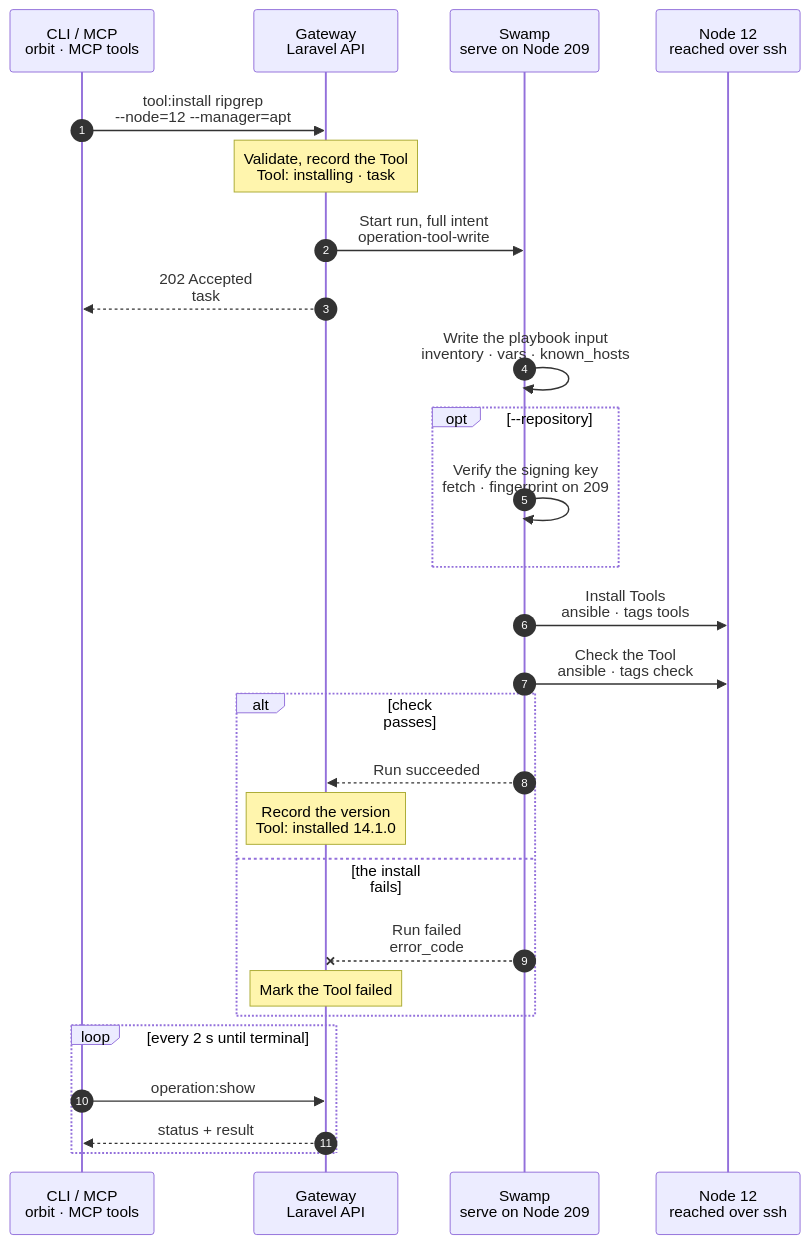
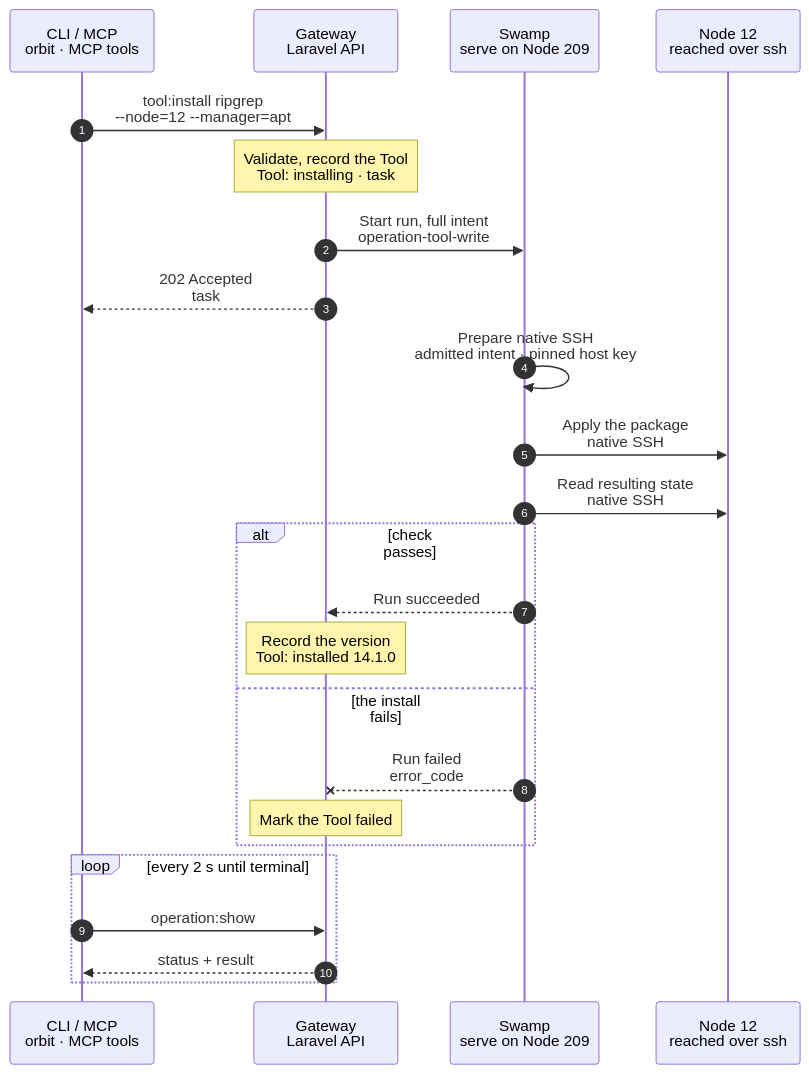
The diagram in docs/cli/tool/install.mmd (hardimpactdev/orbit), drawn with Mermaid before and after one commit. The commit also changed 288 other files, not shown here.

First line of the commit message:
Manage core and optional tools through the Gateway, with explicit apt repositories (#4239)

```diff
--- a/docs/cli/tool/install.mmd
+++ b/docs/cli/tool/install.mmd
@@ -1,51 +1,50 @@
 sequenceDiagram
-  %% Target design: fleet maintenance redesign 2026-11-03 (one Tools phase shared with node:converge; recipe packages held; 24 h / CVE version rule). docs/reference/tools.md#install-a-tool.
+  %% docs/reference/tools.md#install-and-update-a-tool
   %% status: draft
   %% command: tool:install
   %% kind: tool.install
   %% Pinned Debian downloads use native SSH curl exit codes for transport-only fallback, then verify the pin before publication.
   autonumber
   %% lane CLI icon=terminal pill=caller tone=gray
   %% lane GW icon=gateway pill=intent tone=blue
   %% lane SW icon=workflow pill=executes tone=green
   %% lane N icon=server pill=target tone=amber
   participant CLI as CLI / MCP<br/>orbit · MCP tools
   participant GW as Gateway<br/>Laravel API
   participant SW as Swamp<br/>serve on Node 209
   participant N as Node 12<br/>reached over ssh
   CLI->>GW: tool:install ripgrep<br/>--node=12 --manager=apt
   %%> Command:
   %%> - `orbit tool:install ripgrep --node=12 --manager=apt`
-  %%> - syntax: `[package] --node=ID [--manager=MANAGER] [--constraint=CONSTRAINT] [--repository=JSON] [--idempotency-key=KEY] [--json]`
+  %%> - syntax: `[package] --node=ID [--manager=MANAGER] [--tool-version=VERSION] [--constraint=CONSTRAINT] [--repository=NAME] [--idempotency-key=KEY] [--json]`
   Note over GW: Validate, record the Tool<br/>Tool: installing · task #5133
   %%> Requirements:
   %%> - your Node has an access grant to Node 12; the manager runs on its platform
   %%> - the package is not a recipe package of Node 12's roles
+  %%> - file mode requires a catalog entry and refuses overrides; database mode accepts an exact desired version
+  %%> - `--repository` names a ready apt repository of Node 12 (`tool.repository_missing`, `tool.repository_not_ready`); the install never publishes it
+  %%> - `conn-server` on a configured host records membership and the desired release without a Swamp run; an explicit rollout applies it
   GW->>SW: Start run, full intent<br/>operation-tool-write
   GW-->>CLI: 202 Accepted<br/>task #5133
-  SW->>SW: Write the playbook input<br/>inventory · vars · known_hosts
-  opt --repository
-    SW->>SW: Verify the signing key<br/>fetch · fingerprint on 209
-    %%> Why on 209:
-    %%> - a wrong key stops the run before Node 12 is touched
-  end
-  SW->>N: Install Tools<br/>ansible · tags tools
-  %%> Why the converge phase:
-  %%> - one way to install a Tool, shared with `node:converge` and the rollout
-  %%> - limited to this Tool, so other Tools do not move
+  SW->>SW: Prepare native SSH<br/>admitted intent · pinned host key
+  SW->>N: Apply the package<br/>native SSH
+  %%> Scope:
+  %%> - direct writes share admission and candidate policy with convergence, but use the native SSH workflow, not an Ansible phase
+  %%> - only this Tool can change
+  %%> - a repository's preference holds only owned Tools until this Tool is verified installed from it; then it adds this Tool
   %%> Version:
-  %%> - the newest in the constraint that is at least 24 hours old, or fixes a known CVE
-  SW->>N: Check the Tool<br/>ansible · tags check
+  %%> - select the exact admitted version, or the manager's candidate for an unpinned database Tool; check the constraint before writing
+  SW->>N: Read resulting state<br/>native SSH
   alt check passes
     SW-->>GW: Run succeeded
     Note over GW: Record the version<br/>Tool: installed 14.1.0
   else the install fails
     SW--xGW: Run failed<br/>error_code
     %%> On failure:
     %%> - a Tool that needs another version of a held recipe package fails with `tool.recipe_conflict`; role software stays as tested
     Note over GW: Mark the Tool failed
   end
   loop every 2 s until terminal
     CLI->>GW: operation:show #5133
     GW-->>CLI: status + result
   end
```
